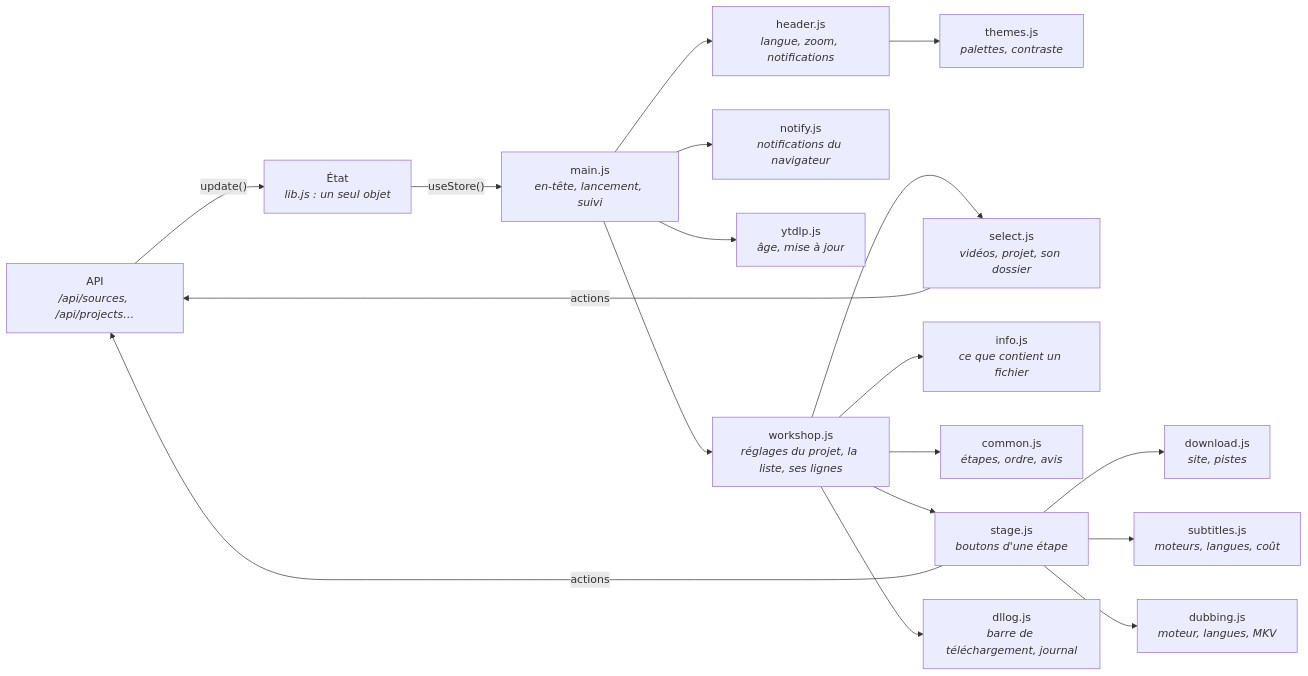
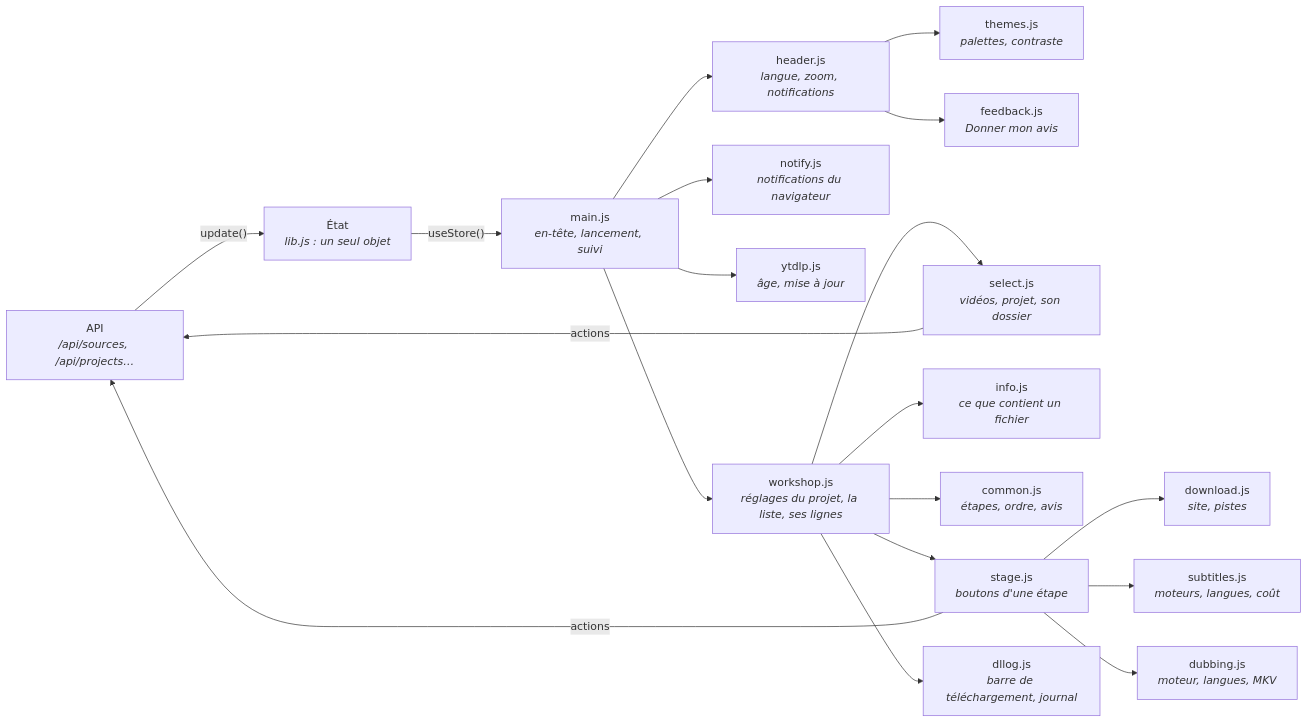
The seventh of 7 diagrams in docs/code.fr.md (DamienBecherini/dl-sub-dub), drawn with Mermaid before and after one commit. The commit also changed other lines of this file and 21 other files, not shown here.

````diff
--- a/docs/code.fr.md
+++ b/docs/code.fr.md
@@ -488,20 +488,21 @@
 ```mermaid
 flowchart LR
   api["API<br/><i>/api/sources, /api/projects…</i>"] -->|"update()"| state["État<br/><i>lib.js : un seul objet</i>"]
   state -->|"useStore()"| main["main.js<br/><i>en-tête, lancement, suivi</i>"]
   main --> header["header.js<br/><i>langue, zoom, notifications</i>"]
   header --> themes["themes.js<br/><i>palettes, contraste</i>"]
   main --> notify["notify.js<br/><i>notifications du navigateur</i>"]
+  header --> feedback["feedback.js<br/><i>Donner mon avis</i>"]
   main --> ytdlp["ytdlp.js<br/><i>âge, mise à jour</i>"]
   main --> workshop["workshop.js<br/><i>réglages du projet, la liste, ses lignes</i>"]
   workshop --> select["select.js<br/><i>vidéos, projet, son dossier</i>"]
   workshop --> info["info.js<br/><i>ce que contient un fichier</i>"]
   workshop --> common["common.js<br/><i>étapes, ordre, avis</i>"]
   workshop --> stage["stage.js<br/><i>boutons d'une étape</i>"]
   stage --> download["download.js<br/><i>site, pistes</i>"]
   stage --> subtitles["subtitles.js<br/><i>moteurs, langues, coût</i>"]
   stage --> dubbingjs["dubbing.js<br/><i>moteur, langues, MKV</i>"]
   workshop --> dllog["dllog.js<br/><i>barre de téléchargement, journal</i>"]
   select -->|"actions"| api
   stage -->|"actions"| api
 ```
````
